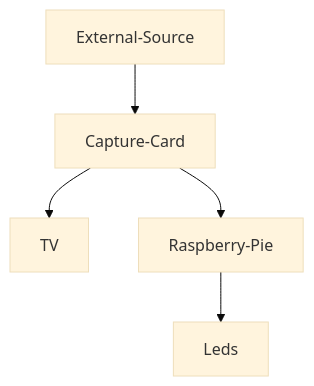
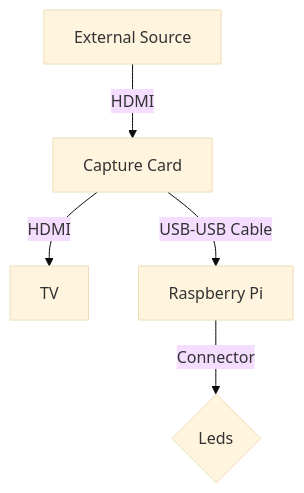
Before and after one commit to AB-hex/Ambilight-TV: the first of 2 diagrams in README.md, drawn with Mermaid (base theme). The commit also changed other lines of this file, not shown here.

````diff
--- a/README.md
+++ b/README.md
@@ -33,7 +60,7 @@
 ```mermaid
 graph TD;
-    External-Source-->Capture-Card;
-    Capture-Card-->TV;
-    Capture-Card-->Raspberry-Pie;
-    Raspberry-Pie-->Leds;
+    A[External Source]-->|HDMI| B[Capture Card];
+    B-->|HDMI| TV;
+    B-->|USB-USB Cable| C[Raspberry Pi];
+    C-->|Connector| D{Leds};
 ```
````
